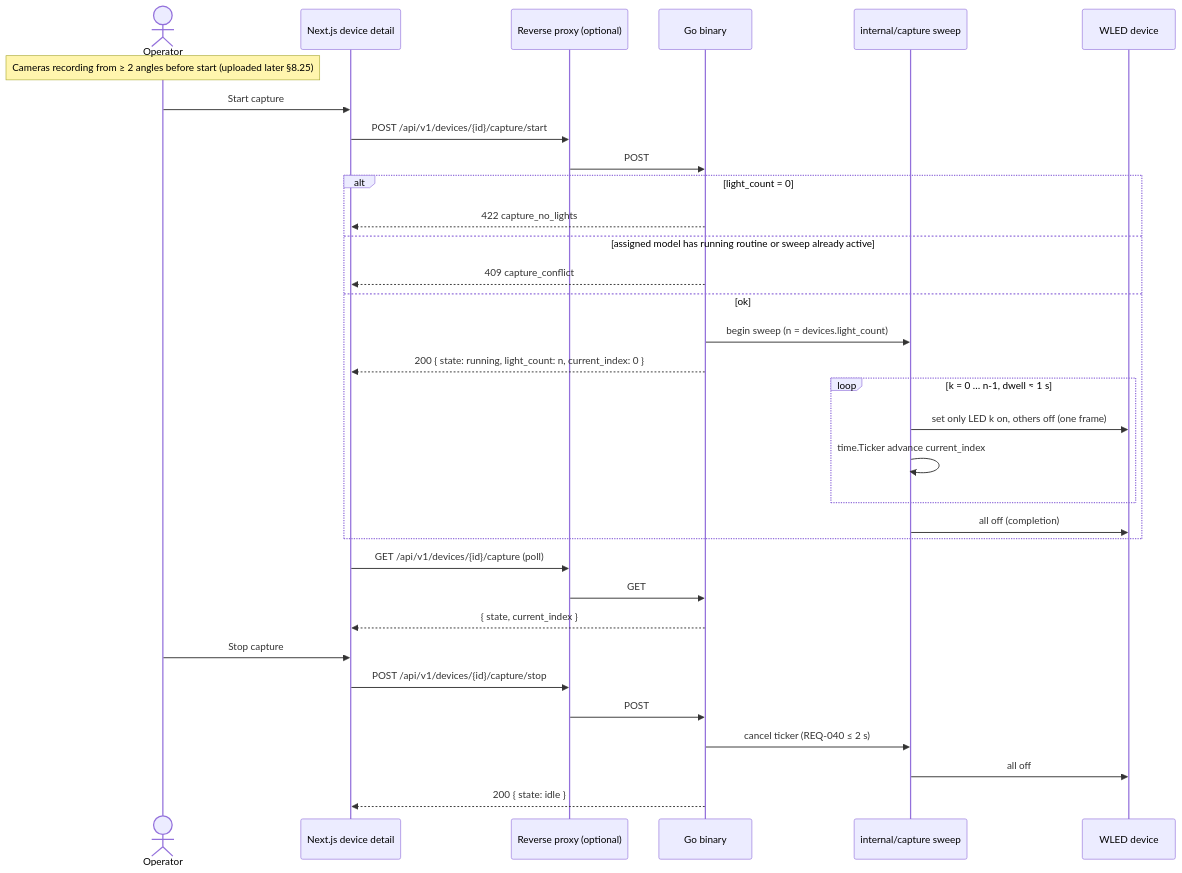
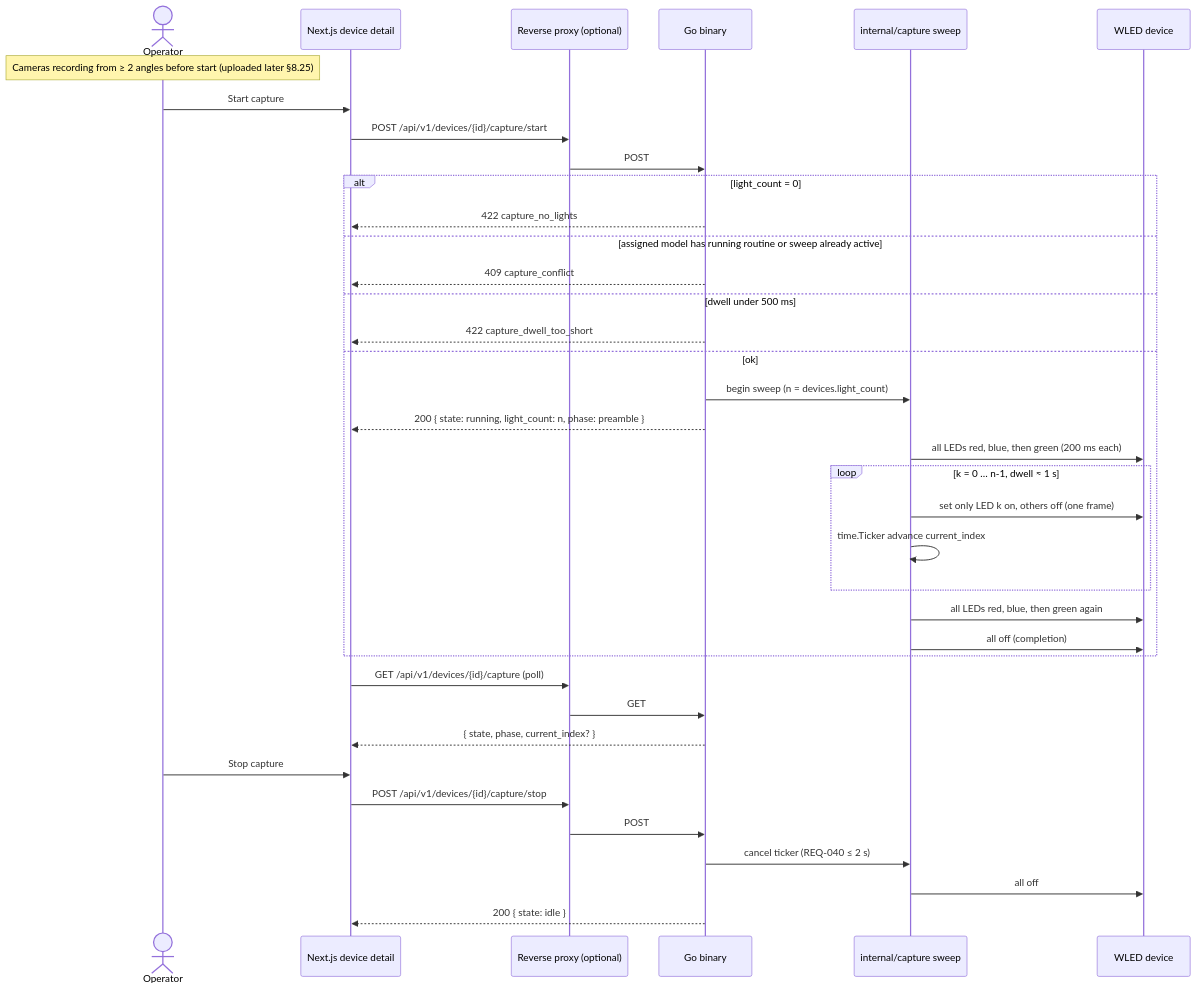
One commit to mudged/dlm changed diagram 25 of 26 in docs/design/request-flows.md. Above: the diagram before and after it, drawn with Mermaid. The commit also changed other lines of this file and 23 other files, not shown here.

````diff
--- a/docs/design/request-flows.md
+++ b/docs/design/request-flows.md
@@ -838,39 +838,43 @@
 ```mermaid
 sequenceDiagram
   actor User as Operator
   participant Page as Next.js device detail
   participant P as Reverse proxy (optional)
   participant G as Go binary
   participant CAP as internal/capture sweep
   participant W as WLED device
 
   Note over User: Cameras recording from ≥ 2 angles before start (uploaded later §8.25)
 
   User->>Page: Start capture
   Page->>P: POST /api/v1/devices/{id}/capture/start
   P->>G: POST
   alt light_count = 0
     G-->>Page: 422 capture_no_lights
   else assigned model has running routine or sweep already active
     G-->>Page: 409 capture_conflict
+  else dwell under 500 ms
+    G-->>Page: 422 capture_dwell_too_short
   else ok
     G->>CAP: begin sweep (n = devices.light_count)
-    G-->>Page: 200 { state: running, light_count: n, current_index: 0 }
+    G-->>Page: 200 { state: running, light_count: n, phase: preamble }
+    CAP->>W: all LEDs red, blue, then green (200 ms each)
     loop k = 0 … n-1, dwell ≈ 1 s
       CAP->>W: set only LED k on, others off (one frame)
       CAP->>CAP: time.Ticker advance current_index
     end
+    CAP->>W: all LEDs red, blue, then green again
     CAP->>W: all off (completion)
   end
 
   Page->>P: GET /api/v1/devices/{id}/capture (poll)
   P->>G: GET
-  G-->>Page: { state, current_index }
+  G-->>Page: { state, phase, current_index? }
 
   User->>Page: Stop capture
   Page->>P: POST /api/v1/devices/{id}/capture/stop
   P->>G: POST
   G->>CAP: cancel ticker (REQ-040 ≤ 2 s)
   CAP->>W: all off
   G-->>Page: 200 { state: idle }
 ```
````
